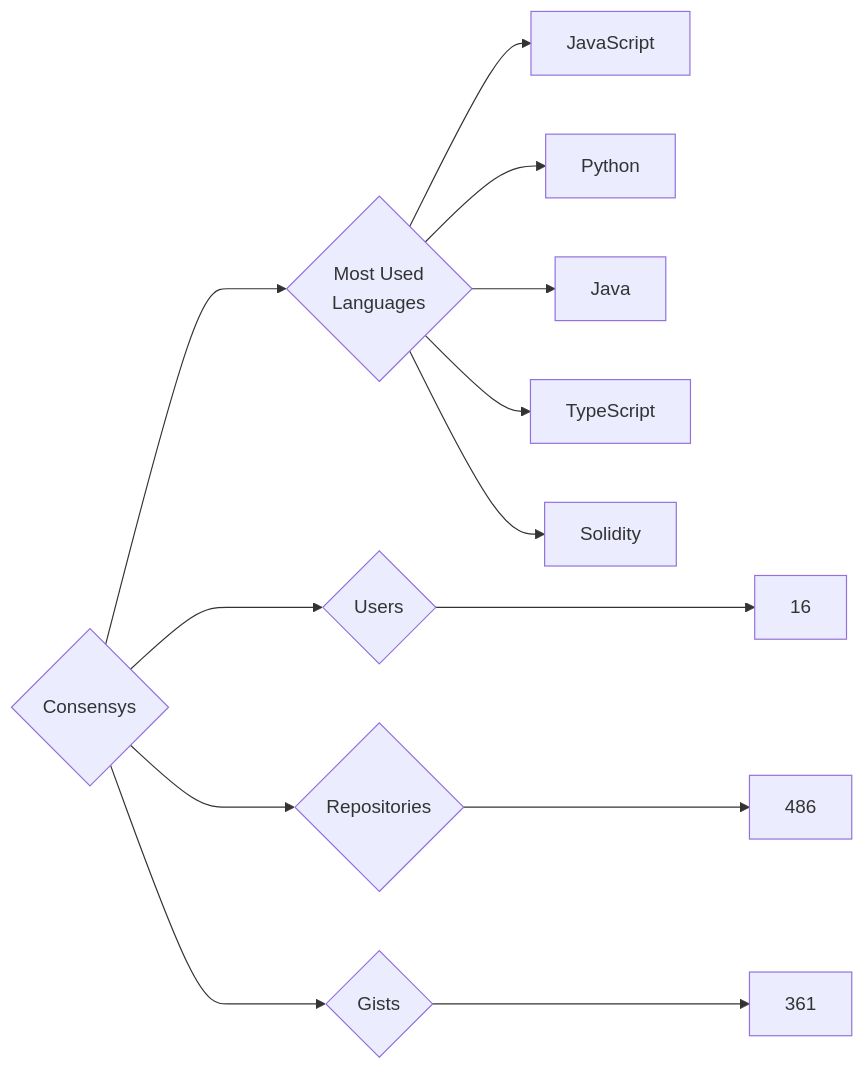
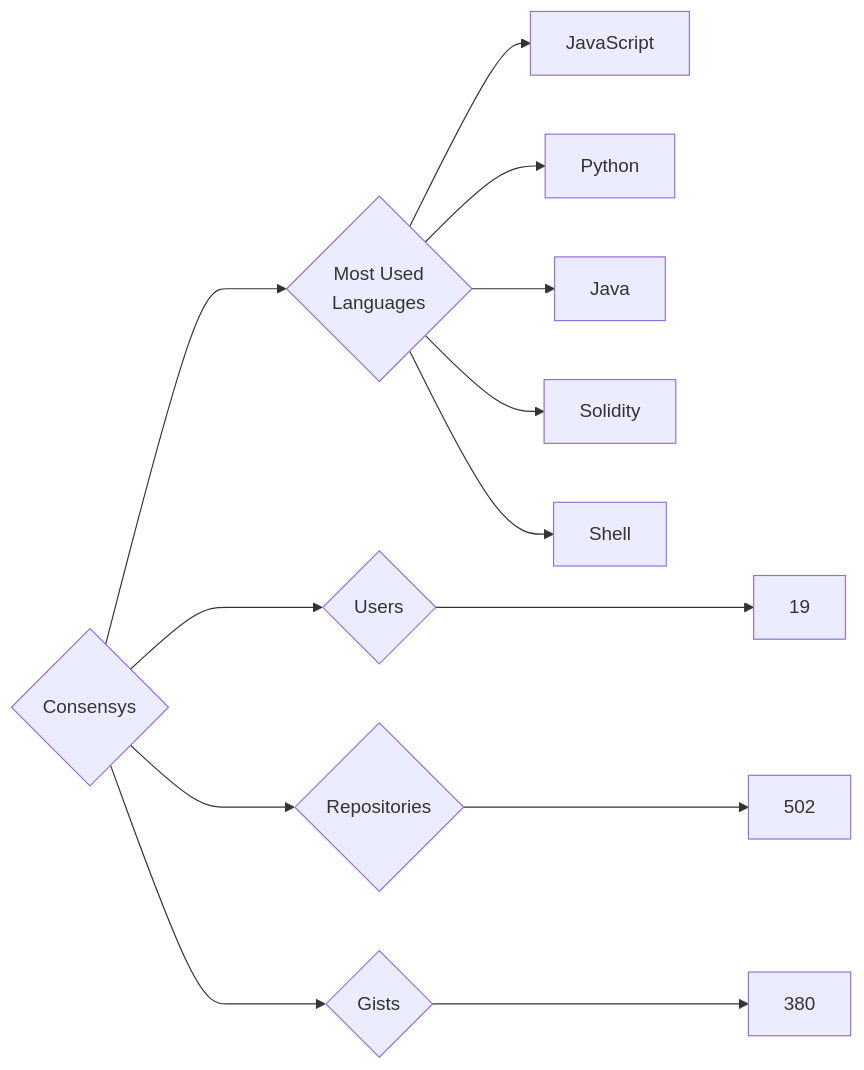
Before and after one commit to trickest/insiders: the diagram in targets/Consensys/README.md, drawn with Mermaid. The commit also changed 845 other files, not shown here.

````diff
--- a/targets/Consensys/README.md
+++ b/targets/Consensys/README.md
@@ -3,13 +3,13 @@
 ```mermaid
 graph LR
 COMPANY_NAME{Consensys}
-COMPANY_NAME ---> U{Users} ---> UN[16]
-COMPANY_NAME ---> R{Repositories} ---> RN[486]
-COMPANY_NAME ---> G{Gists} ---> GN[361]
+COMPANY_NAME ---> U{Users} ---> UN[19]
+COMPANY_NAME ---> R{Repositories} ---> RN[502]
+COMPANY_NAME ---> G{Gists} ---> GN[380]
 COMPANY_NAME ---> ML{Most Used<br>Languages}
 ML --> JavaScript[JavaScript]
 ML --> Python[Python]
 ML --> Java[Java]
-ML --> TypeScript[TypeScript]
 ML --> Solidity[Solidity]
+ML --> Shell[Shell]
 ```
````
